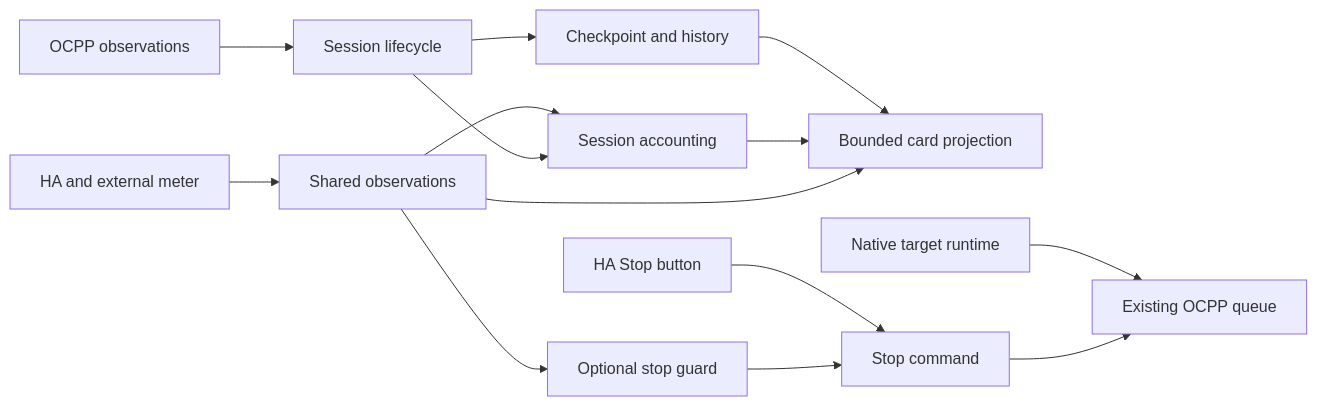
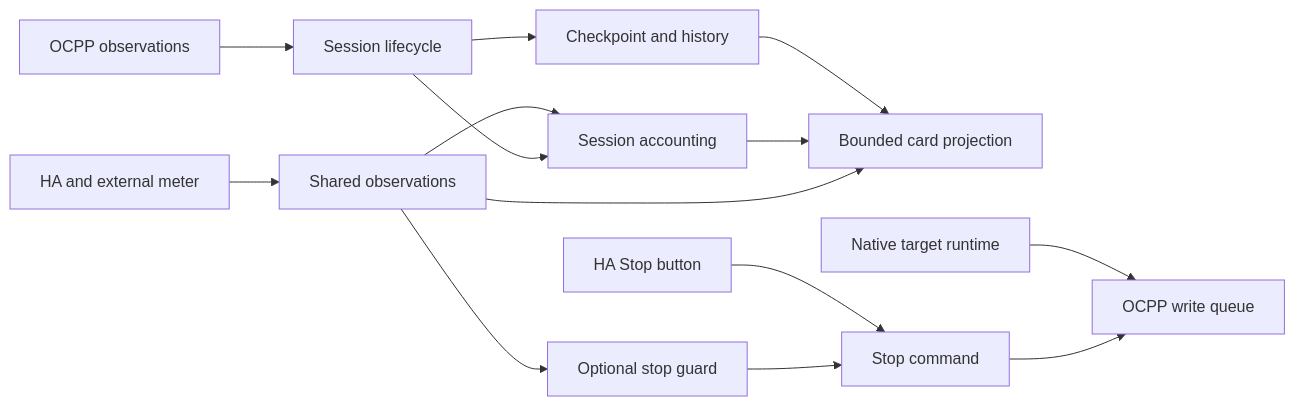
One commit to bobbesnl/growatt_thor changed the second of 2 diagrams in docs/architecture.md. Above: the diagram before and after it, drawn with Mermaid. The commit also changed other lines of this file and 12 other files, not shown here.

First line of the commit message:
docs(architecture): move invariants and decisions into ADRs and trim change-log wording

````diff
--- a/docs/architecture.md
+++ b/docs/architecture.md
@@ -165,16 +192,16 @@
 ```mermaid
 flowchart LR
   OCPP[OCPP observations] --> Session[Session lifecycle]
   Sensors[HA and external meter] --> Observations[Shared observations]
   Session --> Accounting[Session accounting]
   Observations --> Accounting
   Observations --> Guard[Optional stop guard]
   Observations --> View[Bounded card projection]
   Accounting --> View
   Session --> History[Checkpoint and history]
   History --> View
   Guard --> Stop[Stop command]
   Button[HA Stop button] --> Stop
-  Stop --> Queue[Existing OCPP queue]
+  Stop --> Queue[OCPP write queue]
   Targets[Native target runtime] --> Queue
 ```
````
